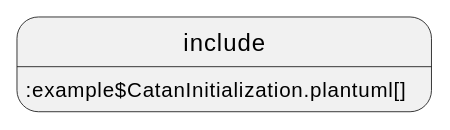
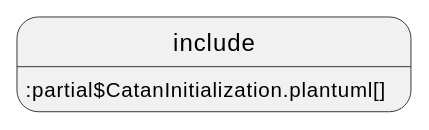
Before and after one commit to Bobinho44/PROJET_OOAD_M1: the third of 5 diagrams in catan-doc/modules/architecture/pages/architecture.adoc, drawn with PlantUML. The commit also changed other lines of this file and 5 other files, not shown here.

```diff
--- a/catan-doc/modules/architecture/pages/architecture.adoc
+++ b/catan-doc/modules/architecture/pages/architecture.adoc
@@ -49,4 +49,4 @@
 [plantuml]
 ----
-include::example$CatanInitialization.plantuml[]
+include::partial$CatanInitialization.plantuml[]
 ----
```
